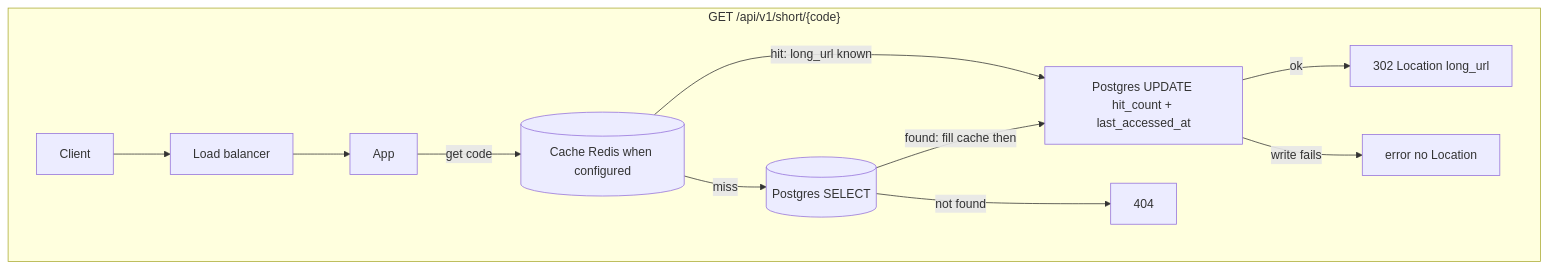
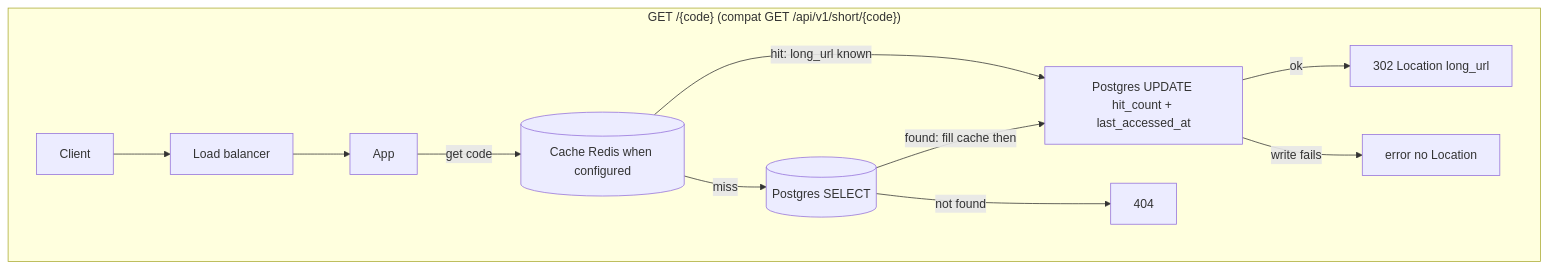
The second of 4 diagrams in ARCHITECTURE.md (lagarcess/do-blitz), drawn with Mermaid before and after one commit. The commit also changed other lines of this file and 5 other files, not shown here.

First line of the commit message:
feat: public /{code} redirect and runtime shortURL (#6)

````diff
--- a/ARCHITECTURE.md
+++ b/ARCHITECTURE.md
@@ -93,14 +93,14 @@
 ```mermaid
 flowchart TD
-  subgraph Redirect["GET /api/v1/short/{code}"]
+  subgraph Redirect["GET /{code} (compat GET /api/v1/short/{code})"]
     U2[Client] --> LB2[Load balancer]
     LB2 --> App2[App]
     App2 -->|get code| Cache[(Cache Redis when configured)]
     Cache -->|hit: long_url known| Upd[Postgres UPDATE hit_count + last_accessed_at]
     Cache -->|miss| PG2[(Postgres SELECT)]
     PG2 -->|not found| R404[404]
     PG2 -->|found: fill cache then| Upd
     Upd -->|ok| R302[302 Location long_url]
     Upd -->|write fails| Err[error no Location]
   end
 ```
````
